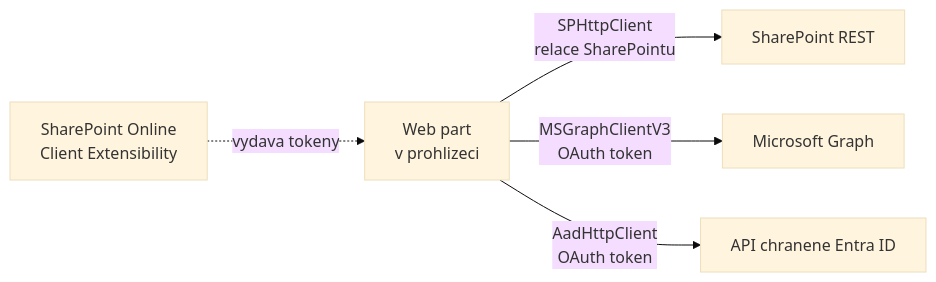
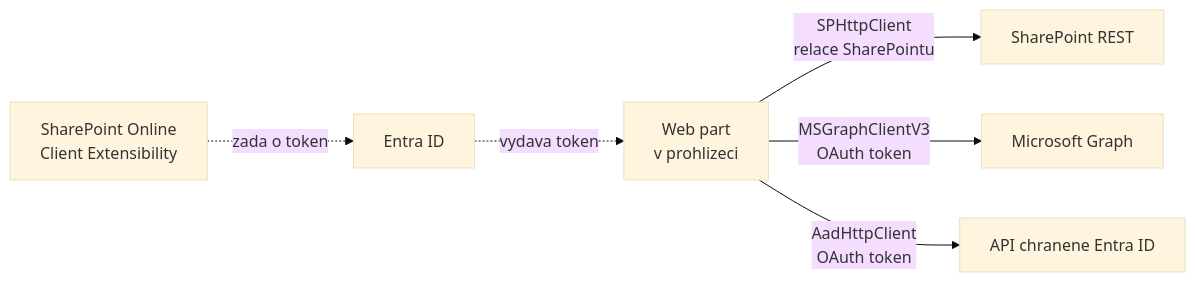
Before and after one commit to MalasekPetr/gopas-spo_dev_1: the first of 2 diagrams in day-3/data-access-clients/README.md, drawn with Mermaid (base theme). The commit also changed other lines of this file and 36 other files, not shown here.

````diff
--- a/day-3/data-access-clients/README.md
+++ b/day-3/data-access-clients/README.md
@@ -30,7 +30,8 @@
 ```mermaid
 flowchart LR
   WP[Web part<br/>v prohlizeci] -->|SPHttpClient<br/>relace SharePointu| SP[SharePoint REST]
   WP -->|MSGraphClientV3<br/>OAuth token| G[Microsoft Graph]
   WP -->|AadHttpClient<br/>OAuth token| API[API chranene Entra ID]
-  E[SharePoint Online<br/>Client Extensibility] -.->|vydava tokeny| WP
+  E[SharePoint Online<br/>Client Extensibility] -.->|zada o token| ID[Entra ID]
+  ID -.->|vydava token| WP
 ```
````
